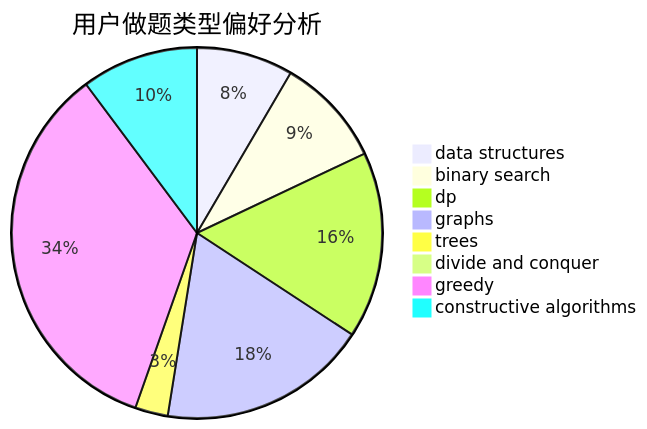
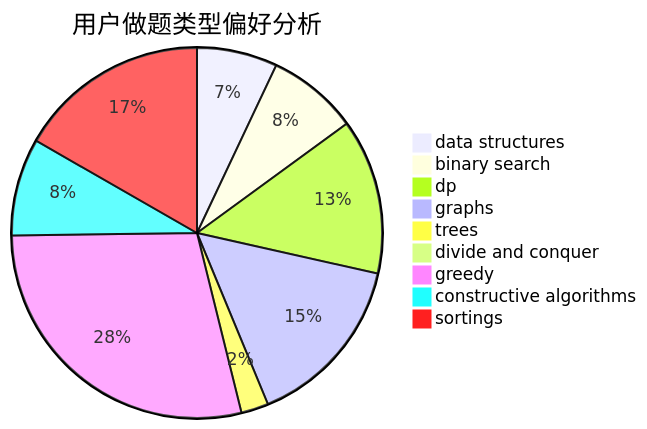
The second of 3 diagrams in docs/user/u611.md (sherpahu/cfrs.github.io), drawn with Mermaid before and after one commit. The commit also changed other lines of this file and 2769 other files, not shown here.

````diff
--- a/docs/user/u611.md
+++ b/docs/user/u611.md
@@ -23,11 +18,12 @@
 ```mermaid
 pie title 用户做题类型偏好分析
     "data structures" :  100
     "binary search" :  113
     "dp" :  193
     "graphs" :  217
     "trees" :  34
     "divide and conquer" :  11
     "greedy" :  408
     "constructive algorithms" :  121
+    "sortings" :  238
 ```
````
